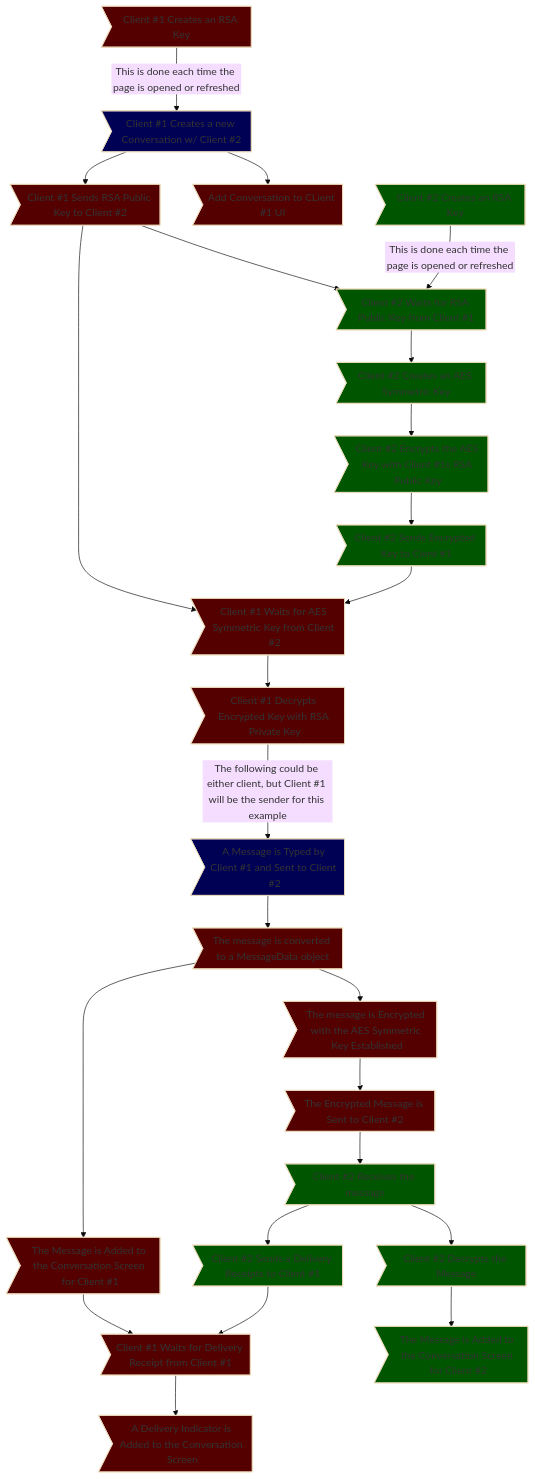
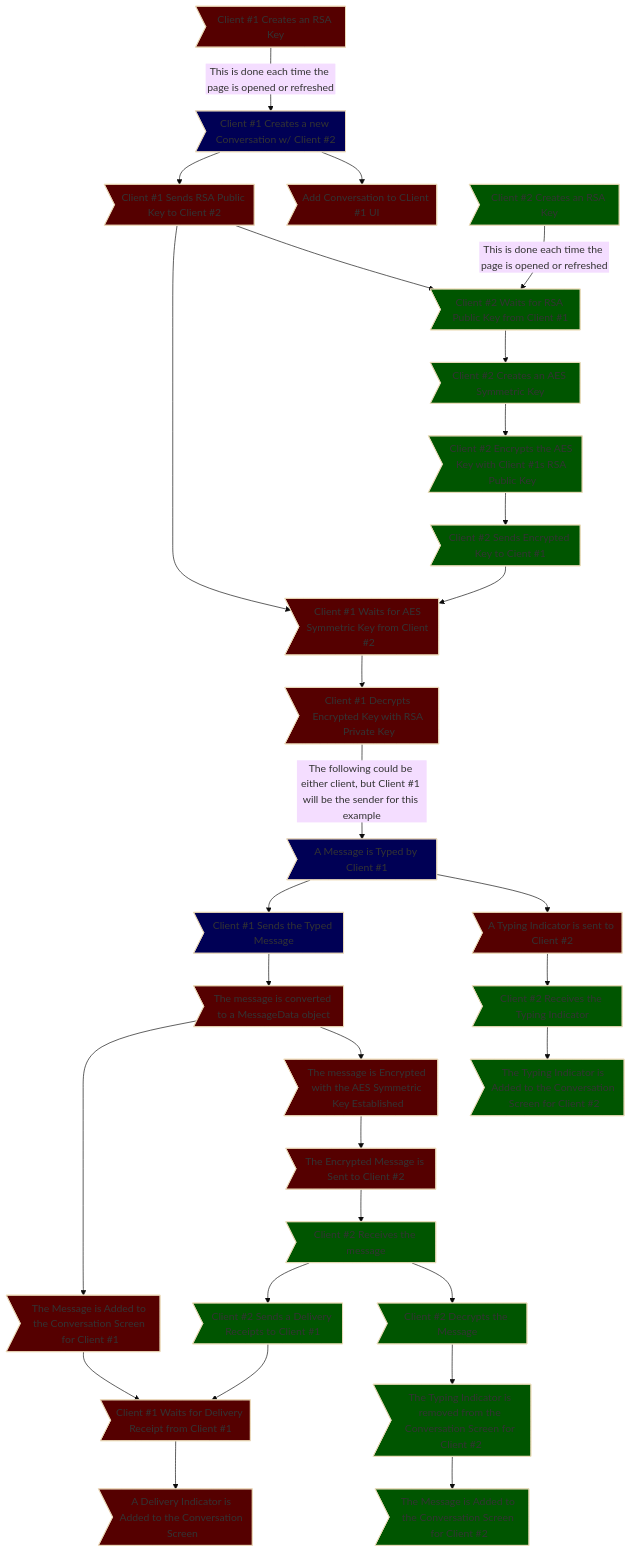
The diagram in README.md (xXCrash2BomberXx/TinyChat), drawn with Mermaid (base theme) before and after one commit.

````diff
--- a/README.md
+++ b/README.md
@@ -96,33 +96,38 @@
 ```mermaid
 graph TB;
   A>Client #1 Creates an RSA Key] --> |This is done each time the page is opened or refreshed| B>Client #1 Creates a new Conversation w/ Client #2];
   B --> D>Add Conversation to CLient #1 UI];
   B --> E>Client #1 Sends RSA Public Key to Client #2];
   F>Client #2 Creates an RSA Key] --> |This is done each time the page is opened or refreshed| G>Client #2 Waits for RSA Public Key from Client #1];
   E --> G;
   G --> H>Client #2 Creates an AES Symmetric Key];
   H -->I>Client #2 Encrypts the AES Key with Client #1s RSA Public Key];
   I -->J>Client #2 Sends Encrypted Key to Cient #1];
   E --> K>Client #1 Waits for AES Symmetric Key from Client #2];
   J --> K;
   K --> L>Client #1 Decrypts Encrypted Key with RSA Private Key];
-  L --> |The following could be either client, but Client #1 will be the sender for this example| M>A Message is Typed by Client #1 and Sent to Client #2];
-  M --> C>The message is converted to a MessageData object];
+  M --> W>A Typing Indicator is sent to Client #2];
+  W --> X>Client #2 Receives the Typing Indicator];
+  X --> Y>The Typing Indicator is Added to the Conversation Screen for Client #2];
+  M --> Z>Client #1 Sends the Typed Message];
+  L --> |The following could be either client, but Client #1 will be the sender for this example| M>A Message is Typed by Client #1];
+  Z --> C>The message is converted to a MessageData object];
   C --> N>The message is Encrypted with the AES Symmetric Key Established];
   N --> O>The Encrypted Message is Sent to Client #2];
   C --> Q>The Message is Added to the Conversation Screen for Client #1];
   Q --> R>Client #1 Waits for Delivery Receipt from Client #1];
   R --> V>A Delivery Indicator is Added to the Conversation Screen];
   O --> P>Client #2 Receives the message];
   P --> S>Client #2 Decrypts the Message];
-  S --> T>The Message is Added to the Conversation Screen for Client #2];
+  S --> AA>The Typing Indicator is removed from the Conversation Screen for Client #2];
+  AA --> T>The Message is Added to the Conversation Screen for Client #2];
   P --> U>Client #2 Sends a Delivery Receipts to Client #1];
   U --> R;
 
   classDef c1 fill:#500
   classDef c2 fill:#050
   classDef user fill:#005
-  class A,C,D,E,K,L,M,N,O,Q,R,V c1;
-  class F,G,H,I,J,P,S,T,U c2;
-  class B,M user;
+  class A,C,D,E,K,L,M,N,O,Q,R,V,W c1;
+  class F,G,H,I,J,P,S,T,U,X,Y,AA c2;
+  class B,M,Z user;
 ```
````
